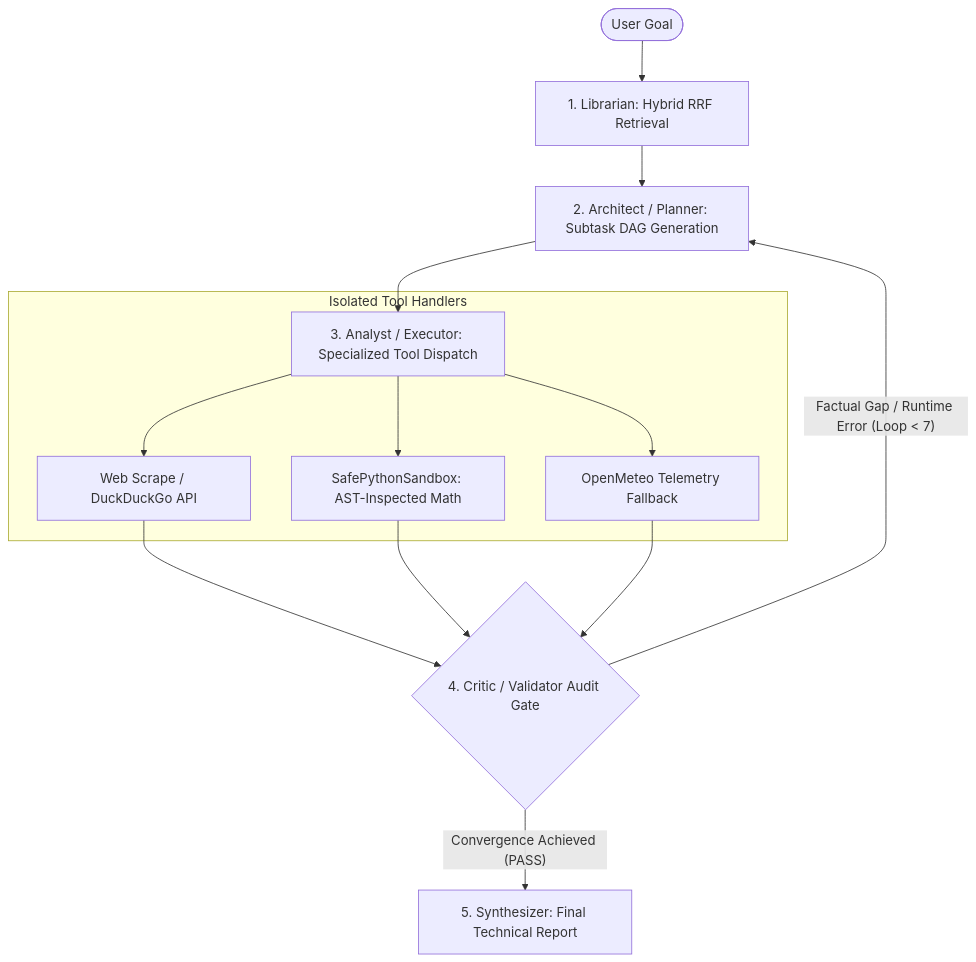
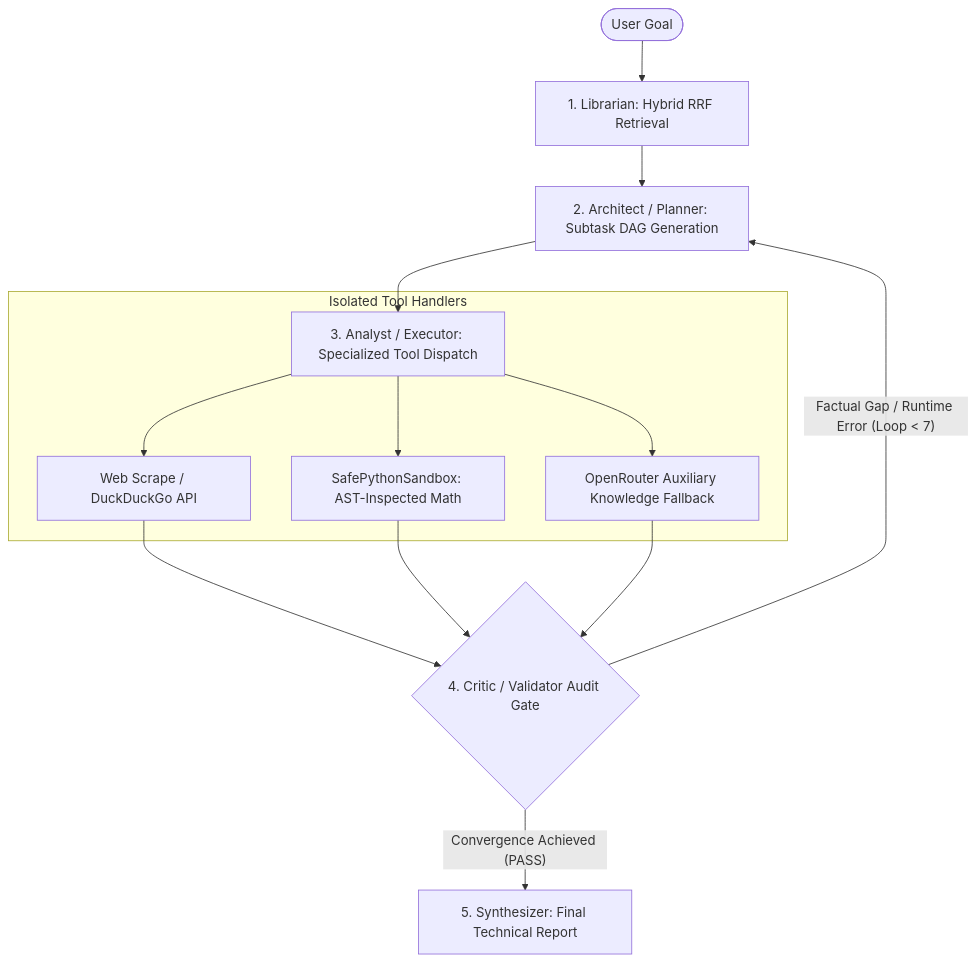
Before and after one commit to pujith10/SpicySwarm4.0: the diagram in README.md, drawn with Mermaid. The commit also changed 1 other file, not shown here.

Commit message:
feat: replace OpenMeteo with universal OpenRouter auxiliary knowledge fallback

````diff
--- a/README.md
+++ b/README.md
@@ -46,19 +46,19 @@
 ```mermaid
 graph TD
     User([User Goal]) --> Librarian[1. Librarian: Hybrid RRF Retrieval]
     Librarian --> Planner[2. Architect / Planner: Subtask DAG Generation]
     Planner --> Executor[3. Analyst / Executor: Specialized Tool Dispatch]
     
     subgraph Isolated Tool Handlers
         Executor --> SearchTool[Web Scrape / DuckDuckGo API]
         Executor --> SafeSandbox[SafePythonSandbox: AST-Inspected Math]
-        Executor --> LiveWeather[OpenMeteo Telemetry Fallback]
+        Executor --> OpenRouterFallback[OpenRouter Auxiliary Knowledge Fallback]
     end
 
     SearchTool --> Critic{4. Critic / Validator Audit Gate}
     SafeSandbox --> Critic
-    LiveWeather --> Critic
+    OpenRouterFallback --> Critic
 
     Critic -- "Factual Gap / Runtime Error (Loop < 7)" --> Planner
     Critic -- "Convergence Achieved (PASS)" --> Synthesizer[5. Synthesizer: Final Technical Report]
 ```
````
